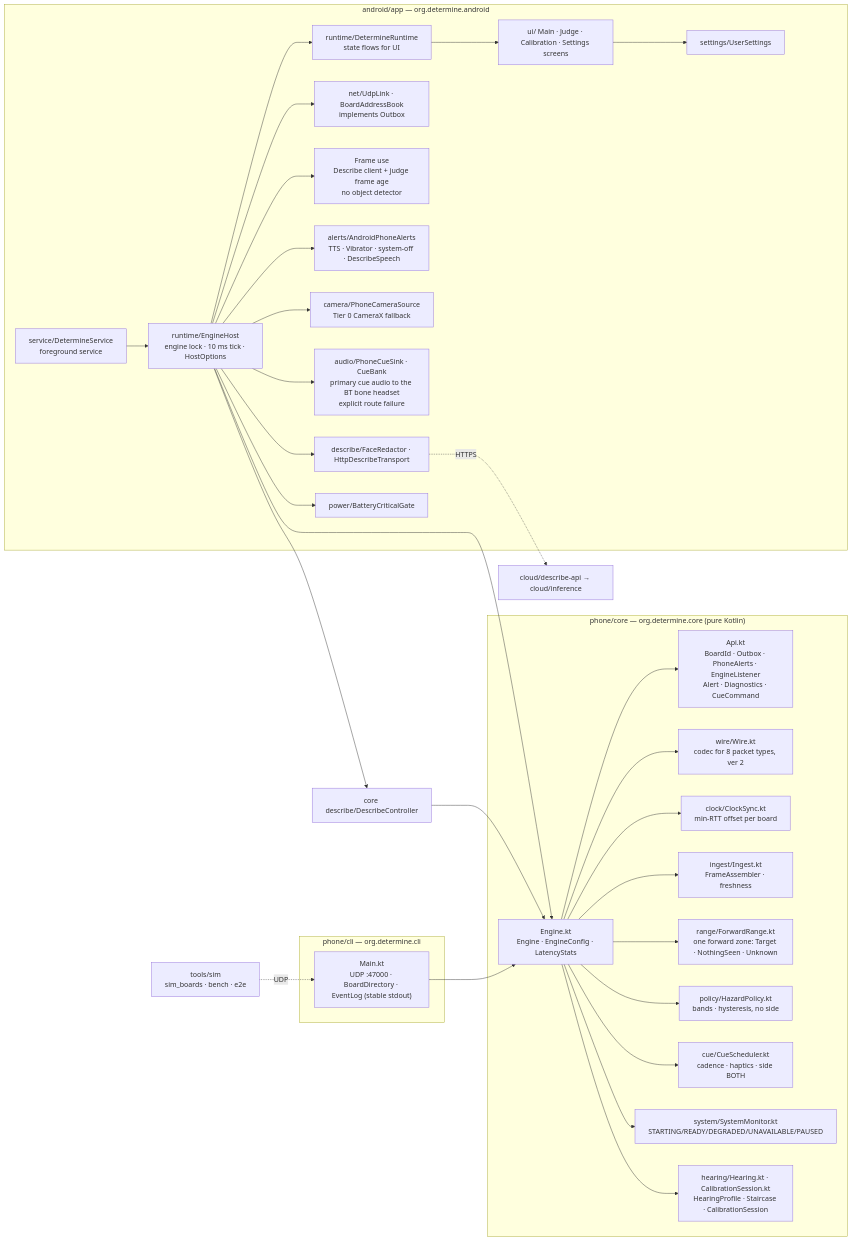
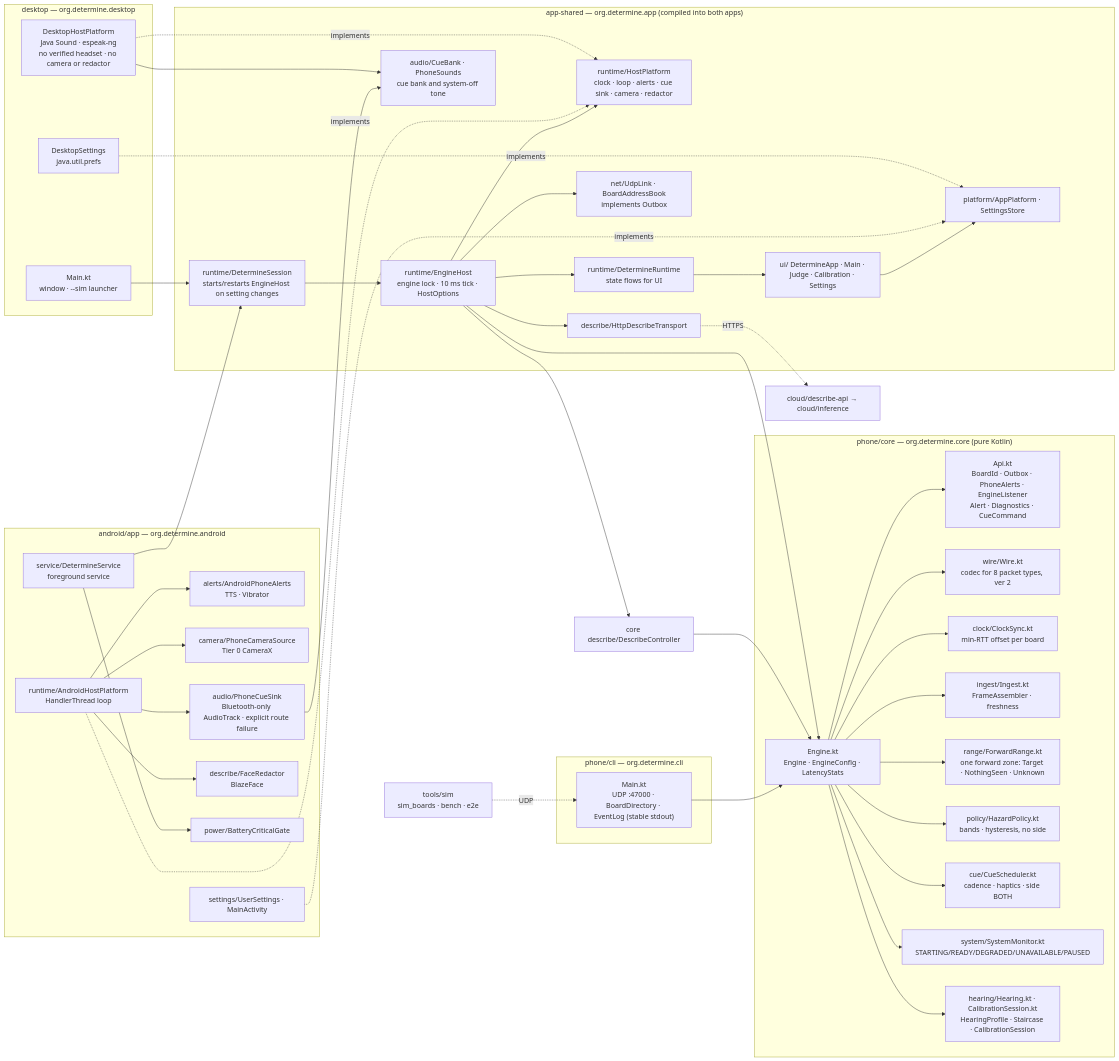
Before and after one commit to nunera/Determine: the ninth of 9 diagrams in docs/flows/software.md, drawn with Mermaid. The commit also changed other lines of this file and 61 other files, not shown here.

First line of the commit message:
Add desktop test app sharing the Android app's UI and engine; nix run launchers (#2)

````diff
--- a/docs/flows/software.md
+++ b/docs/flows/software.md
@@ -240,46 +241,67 @@
 ```mermaid
 flowchart LR
   subgraph core["phone/core — org.determine.core (pure Kotlin)"]
     API["Api.kt<br/>BoardId · Outbox · PhoneAlerts · EngineListener<br/>Alert · Diagnostics · CueCommand"]
     ENG["Engine.kt<br/>Engine · EngineConfig · LatencyStats"]
     WIRE["wire/Wire.kt<br/>codec for 8 packet types, ver 2"]
     CLK["clock/ClockSync.kt<br/>min-RTT offset per board"]
     ING["ingest/Ingest.kt<br/>FrameAssembler · freshness"]
     RNG["range/ForwardRange.kt<br/>one forward zone: Target · NothingSeen · Unknown"]
     POL["policy/HazardPolicy.kt<br/>bands · hysteresis, no side"]
     CUE["cue/CueScheduler.kt<br/>cadence · haptics · side BOTH"]
     SYS["system/SystemMonitor.kt<br/>STARTING/READY/DEGRADED/UNAVAILABLE/PAUSED"]
     HEAR["hearing/Hearing.kt · CalibrationSession.kt<br/>HearingProfile · Staircase · CalibrationSession"]
   end
   ENG --> WIRE & CLK & ING & RNG & POL & CUE & SYS & HEAR
   ENG --> API
   subgraph cli["phone/cli — org.determine.cli"]
     MAIN["Main.kt<br/>UDP :47000 · BoardDirectory · EventLog (stable stdout)"]
   end
   MAIN --> ENG
+  subgraph shared["app-shared — org.determine.app (compiled into both apps)"]
+    UI["ui/ DetermineApp · Main · Judge · Calibration · Settings"]
+    SESS["runtime/DetermineSession<br/>starts/restarts EngineHost on setting changes"]
+    HOST["runtime/EngineHost<br/>engine lock · 10 ms tick · HostOptions"]
+    HP["runtime/HostPlatform<br/>clock · loop · alerts · cue sink · camera · redactor"]
+    RT["runtime/DetermineRuntime<br/>state flows for UI"]
+    UDP["net/UdpLink · BoardAddressBook<br/>implements Outbox"]
+    CUES["audio/CueBank · PhoneSounds<br/>cue bank and system-off tone"]
+    DSC["describe/HttpDescribeTransport"]
+    AP["platform/AppPlatform · SettingsStore"]
+  end
+  DESC["core describe/DescribeController"]
   subgraph app["android/app — org.determine.android"]
     SVC["service/DetermineService<br/>foreground service"]
-    HOST["runtime/EngineHost<br/>engine lock · 10 ms tick · HostOptions"]
-    RT["runtime/DetermineRuntime<br/>state flows for UI"]
-    UDP["net/UdpLink · BoardAddressBook<br/>implements Outbox"]
-    FRM["Frame use<br/>Describe client + judge frame age<br/>no object detector"]
-    ALR["alerts/AndroidPhoneAlerts<br/>TTS · Vibrator · system-off · DescribeSpeech"]
-    CAMS["camera/PhoneCameraSource<br/>Tier 0 CameraX fallback"]
-    CUES["audio/PhoneCueSink · CueBank<br/>primary cue audio to the BT bone headset<br/>explicit route failure"]
-    DSC["describe/FaceRedactor · HttpDescribeTransport"]
+    AHP["runtime/AndroidHostPlatform<br/>HandlerThread loop"]
+    ALR["alerts/AndroidPhoneAlerts<br/>TTS · Vibrator"]
+    CAMS["camera/PhoneCameraSource<br/>Tier 0 CameraX"]
+    PCS["audio/PhoneCueSink<br/>Bluetooth-only AudioTrack · explicit route failure"]
+    RED["describe/FaceRedactor<br/>BlazeFace"]
     PWR["power/BatteryCriticalGate"]
-    UI["ui/ Main · Judge · Calibration · Settings screens"]
-    SET["settings/UserSettings"]
+    SET["settings/UserSettings · MainActivity"]
   end
-  DESC["core describe/DescribeController"]
-  SVC --> HOST
+  subgraph desk["desktop — org.determine.desktop"]
+    DMAIN["Main.kt<br/>window · --sim launcher"]
+    DHP["DesktopHostPlatform<br/>Java Sound · espeak-ng<br/>no verified headset · no camera or redactor"]
+    DSET["DesktopSettings<br/>java.util.prefs"]
+  end
+  SVC --> SESS
+  DMAIN --> SESS
+  SESS --> HOST
   HOST --> ENG
   HOST --> DESC
   DESC --> ENG
-  HOST --> UDP & FRM & ALR & PWR & CAMS & CUES & DSC
-  HOST --> RT
+  HOST --> HP & UDP & DSC & RT
   RT --> UI
-  UI --> SET
+  UI --> AP
+  AHP -. implements .-> HP
+  DHP -. implements .-> HP
+  AHP --> ALR & CAMS & PCS & RED
+  PCS --> CUES
+  DHP --> CUES
+  SVC --> PWR
+  SET -. implements .-> AP
+  DSET -. implements .-> AP
   DSC -. HTTPS .-> CLOUD["cloud/describe-api → cloud/inference"]
   SIM["tools/sim<br/>sim_boards · bench · e2e"] -. UDP .-> MAIN
 ```
````
